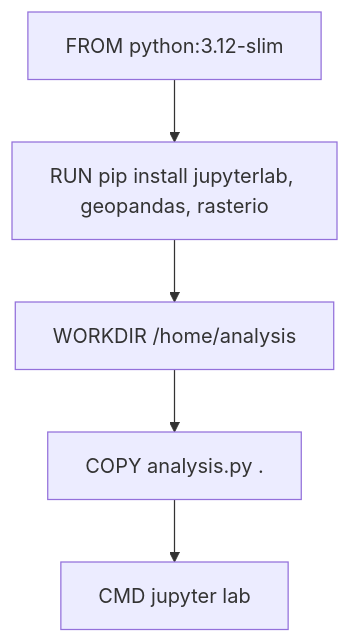
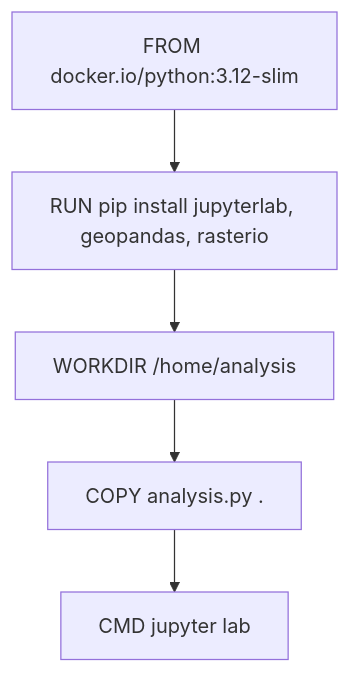
The third of 3 diagrams in README.md (tim-devereux/docker-basics), drawn with Mermaid before and after one commit. The commit also changed other lines of this file and 2 other files, not shown here.

First line of the commit message:
Fully qualify Docker Hub image references

````diff
--- a/README.md
+++ b/README.md
@@ -157,7 +157,7 @@
 ```mermaid
 flowchart TD
-    L1["FROM python:3.12-slim"] --> L2["RUN pip install jupyterlab, geopandas, rasterio"]
+    L1["FROM docker.io/python:3.12-slim"] --> L2["RUN pip install jupyterlab, geopandas, rasterio"]
     L2 --> L3["WORKDIR /home/analysis"]
     L3 --> L4["COPY analysis.py ."]
     L4 --> L5["CMD jupyter lab"]
 ```
````
